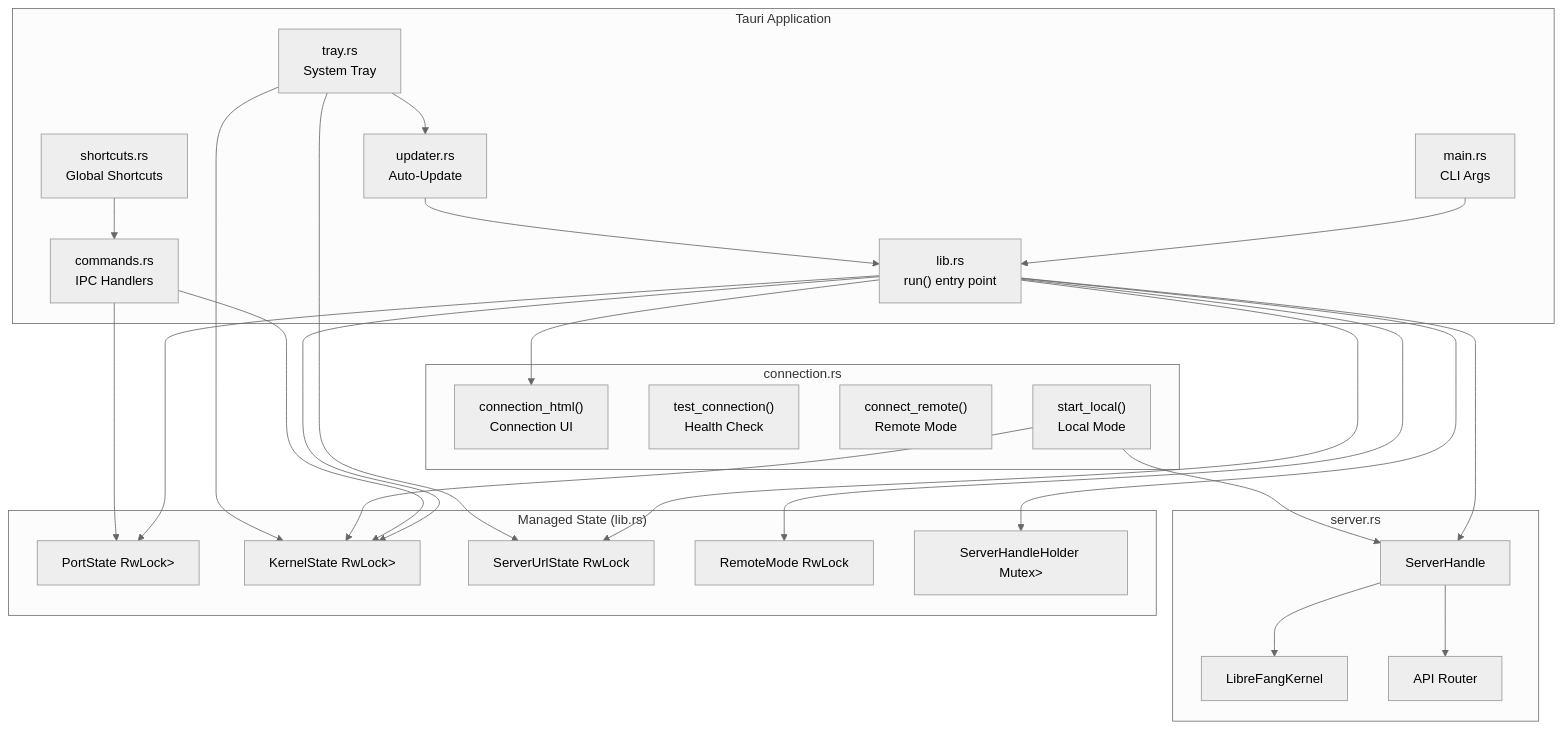
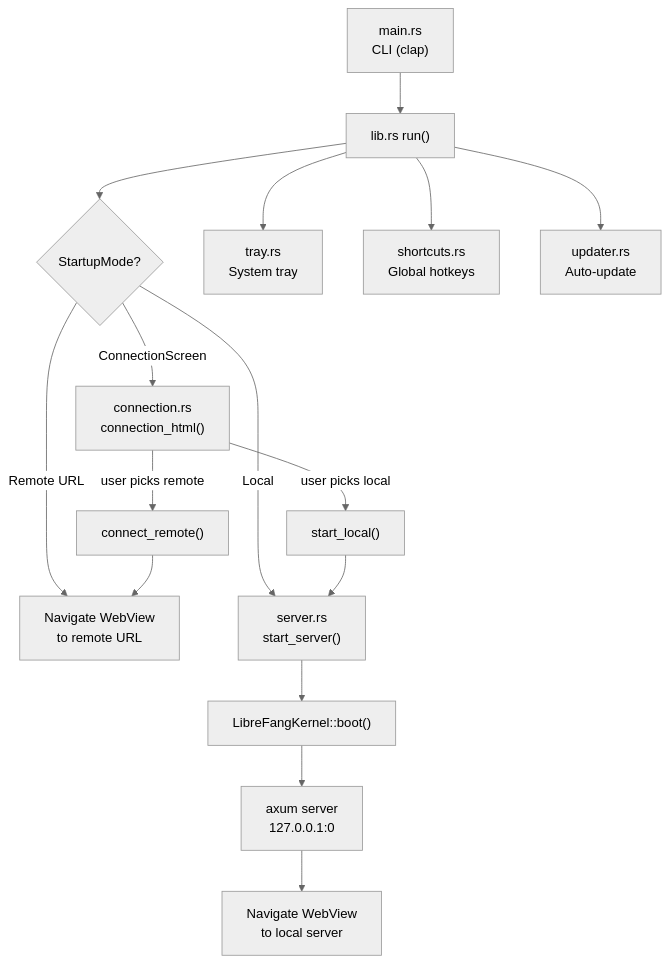
The diagram in desktop-application.md (leszek3737/librefang-WIki), drawn with Mermaid (neutral theme) before and after one commit. The commit also changed other lines of this file and 56 other files, not shown here.

````diff
--- a/desktop-application.md
+++ b/desktop-application.md
@@ -18,58 +9,18 @@
 ```mermaid
-flowchart TB
-    subgraph App["Tauri Application"]
-        CLI["main.rs<br/>CLI Args"]
-        Lib["lib.rs<br/>run() entry point"]
-        Commands["commands.rs<br/>IPC Handlers"]
-        Tray["tray.rs<br/>System Tray"]
-        Shortcuts["shortcuts.rs<br/>Global Shortcuts"]
-        Updater["updater.rs<br/>Auto-Update"]
-    end
-
-    subgraph Connection["connection.rs"]
-        Screen["connection_html()<br/>Connection UI"]
-        Test["test_connection()<br/>Health Check"]
-        Remote["connect_remote()<br/>Remote Mode"]
-        Local["start_local()<br/>Local Mode"]
-    end
-
-    subgraph Server["server.rs"]
-        Handle["ServerHandle"]
-        Kernel["LibreFangKernel"]
-        Router["API Router"]
-    end
-
-    subgraph State["Managed State (lib.rs)"]
-        Port["PortState RwLock<Option<u16>>"]
-        KernelState["KernelState RwLock<Option<KernelInner>>"]
-        ServerUrl["ServerUrlState RwLock<String>"]
-        RemoteMode["RemoteMode RwLock<bool>"]
-        Holder["ServerHandleHolder Mutex<Option<ServerHandle>>"]
-    end
-
-    CLI --> Lib
-    Lib --> Screen
-    Lib --> Handle
-    Lib --> Port
-    Lib --> KernelState
-    Lib --> ServerUrl
-    Lib --> RemoteMode
-    Lib --> Holder
-    
-    Commands --> Port
-    Commands --> KernelState
-    
-    Local --> Handle
-    Local --> KernelState
-    
-    Handle --> Kernel
-    Handle --> Router
-    
-    Tray --> KernelState
-    Tray --> ServerUrl
-    Tray --> Updater
-    
-    Shortcuts --> Commands
-    
-    Updater --> Lib
+graph TD
+    CLI["main.rs<br/>CLI (clap)"] --> RUN["lib.rs run()"]
+    RUN --> MODE{StartupMode?}
+    MODE -->|Remote URL| NAV_REMOTE["Navigate WebView<br/>to remote URL"]
+    MODE -->|Local| BOOT["server.rs<br/>start_server()"]
+    MODE -->|ConnectionScreen| CONN_SCREEN["connection.rs<br/>connection_html()"]
+    BOOT --> KERNEL["LibreFangKernel::boot()"]
+    KERNEL --> AXUM["axum server<br/>127.0.0.1:0"]
+    AXUM --> NAV_LOCAL["Navigate WebView<br/>to local server"]
+    CONN_SCREEN -->|user picks remote| CONNECT_REMOTE["connect_remote()"]
+    CONN_SCREEN -->|user picks local| START_LOCAL["start_local()"]
+    START_LOCAL --> BOOT
+    CONNECT_REMOTE --> NAV_REMOTE
+    RUN --> TRAY["tray.rs<br/>System tray"]
+    RUN --> SHORTCUTS["shortcuts.rs<br/>Global hotkeys"]
+    RUN --> UPDATER["updater.rs<br/>Auto-update"]
 ```
````
